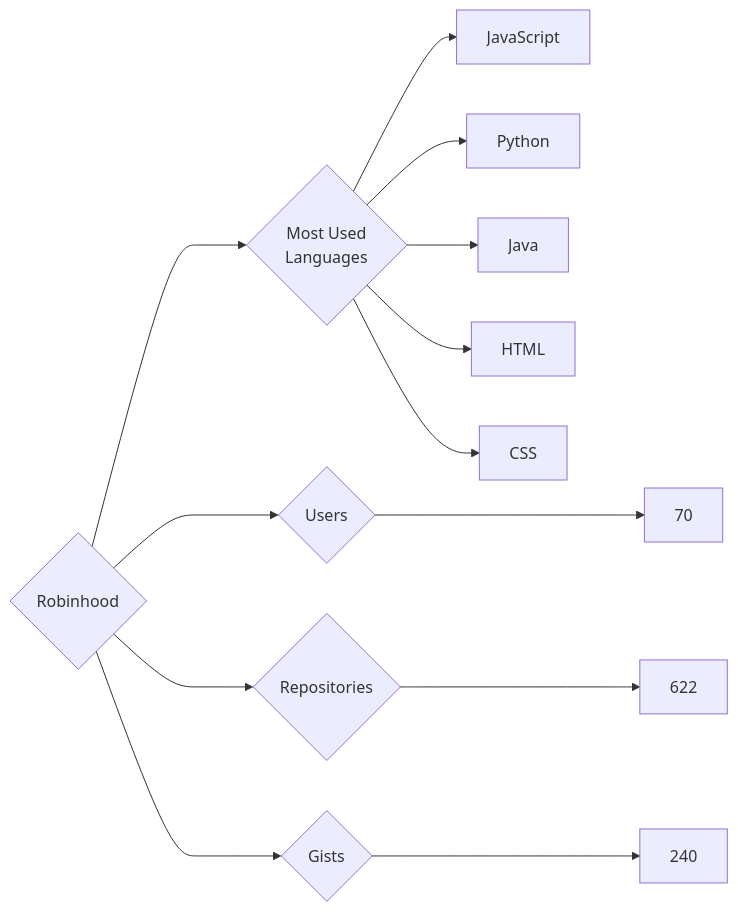
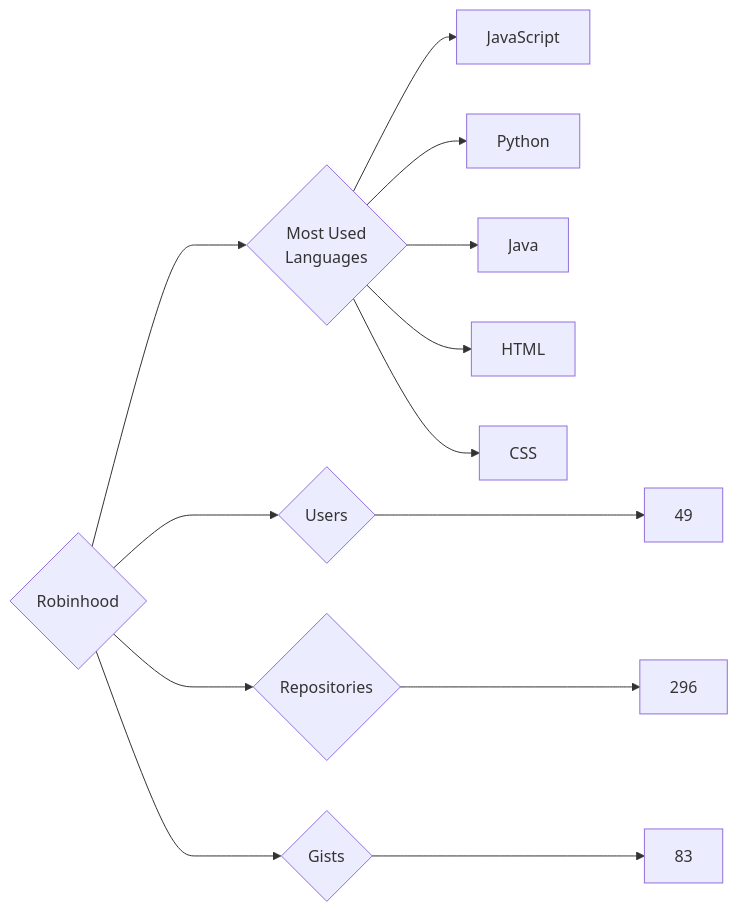
One commit to trickest/insiders changed the diagram in targets/Robinhood/README.md. Above: the diagram before and after it, drawn with Mermaid. The commit also changed 829 other files, not shown here.

````diff
--- a/targets/Robinhood/README.md
+++ b/targets/Robinhood/README.md
@@ -3,13 +3,13 @@
 ```mermaid
 graph LR
 COMPANY_NAME{Robinhood}
-COMPANY_NAME ---> U{Users} ---> UN[70]
-COMPANY_NAME ---> R{Repositories} ---> RN[622]
-COMPANY_NAME ---> G{Gists} ---> GN[240]
+COMPANY_NAME ---> U{Users} ---> UN[49]
+COMPANY_NAME ---> R{Repositories} ---> RN[296]
+COMPANY_NAME ---> G{Gists} ---> GN[83]
 COMPANY_NAME ---> ML{Most Used<br>Languages}
 ML --> JavaScript[JavaScript]
 ML --> Python[Python]
 ML --> Java[Java]
 ML --> HTML[HTML]
 ML --> CSS[CSS]
 ```
````
